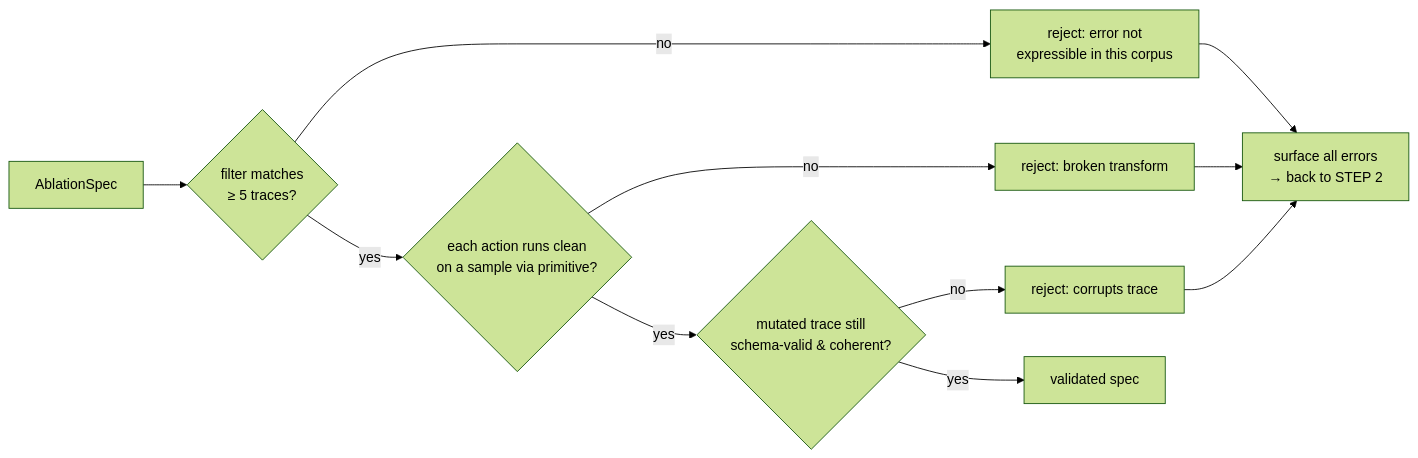
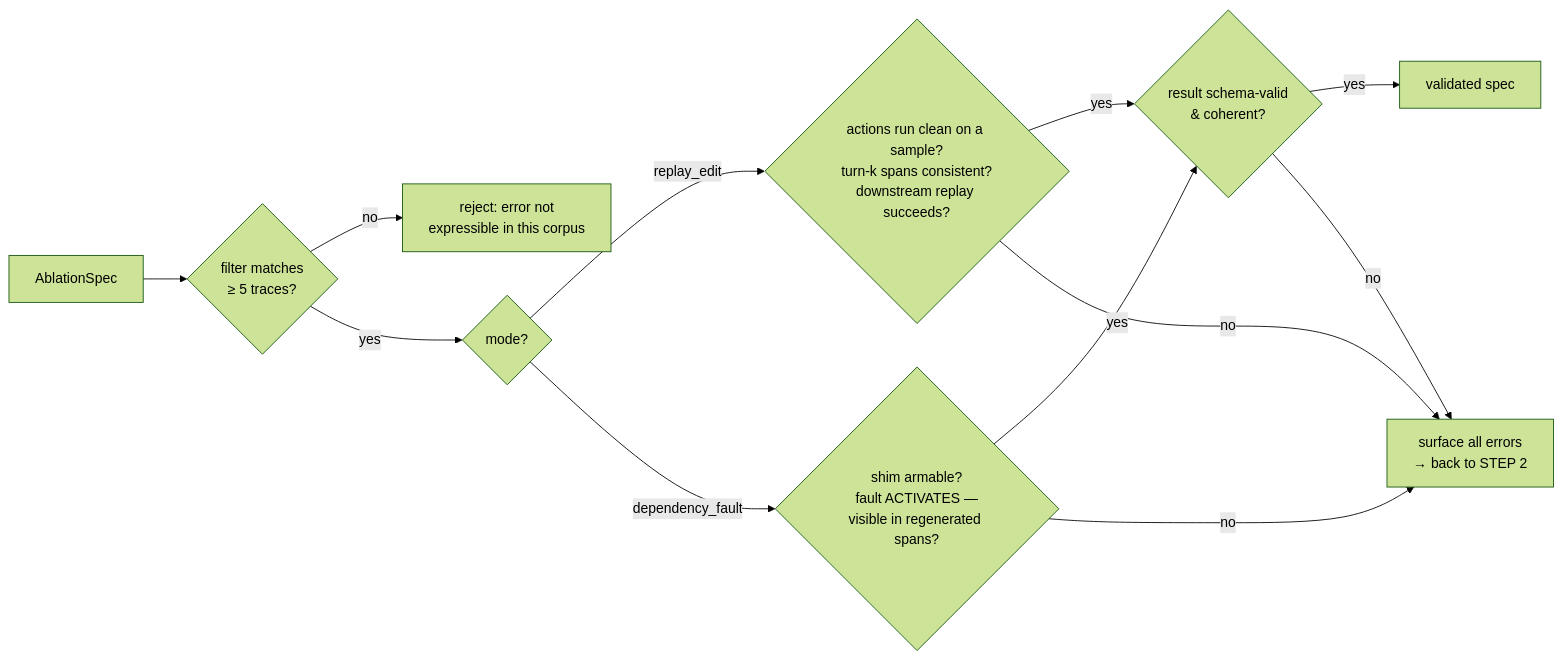
Before and after one commit to Vidhate/engine-benchmarking-system: the fifth of 6 diagrams in docs/architecture/04-ablation-engine.md, drawn with Mermaid (forest theme). The commit also changed other lines of this file and 2 other files, not shown here.

````diff
--- a/docs/architecture/04-ablation-engine.md
+++ b/docs/architecture/04-ablation-engine.md
@@ -59,13 +196,14 @@
 ```mermaid
 flowchart LR
     SPEC["AblationSpec"] --> F{"filter matches<br/>≥ 5 traces?"}
     F -- no --> FAIL["reject: error not<br/>expressible in this corpus"]
-    F -- yes --> A{"each action runs clean<br/>on a sample via primitive?"}
-    A -- no --> FAIL2["reject: broken transform"]
-    A -- yes --> V{"mutated trace still<br/>schema-valid & coherent?"}
-    V -- no --> FAIL3["reject: corrupts trace"]
+    F -- yes --> M{"mode?"}
+    M -- replay_edit --> A{"actions run clean on a sample?<br/>turn-k spans consistent?<br/>downstream replay succeeds?"}
+    M -- dependency_fault --> C{"shim armable?<br/>fault ACTIVATES —<br/>visible in regenerated spans?"}
+    A -- yes --> V{"result schema-valid<br/>& coherent?"}
+    C -- yes --> V
+    A -- no --> BACK
+    C -- no --> BACK
     V -- yes --> PASS["validated spec"]
-    FAIL --> BACK["surface all errors<br/>→ back to STEP 2"]
-    FAIL2 --> BACK
-    FAIL3 --> BACK
+    V -- no --> BACK["surface all errors<br/>→ back to STEP 2"]
 ```
````
